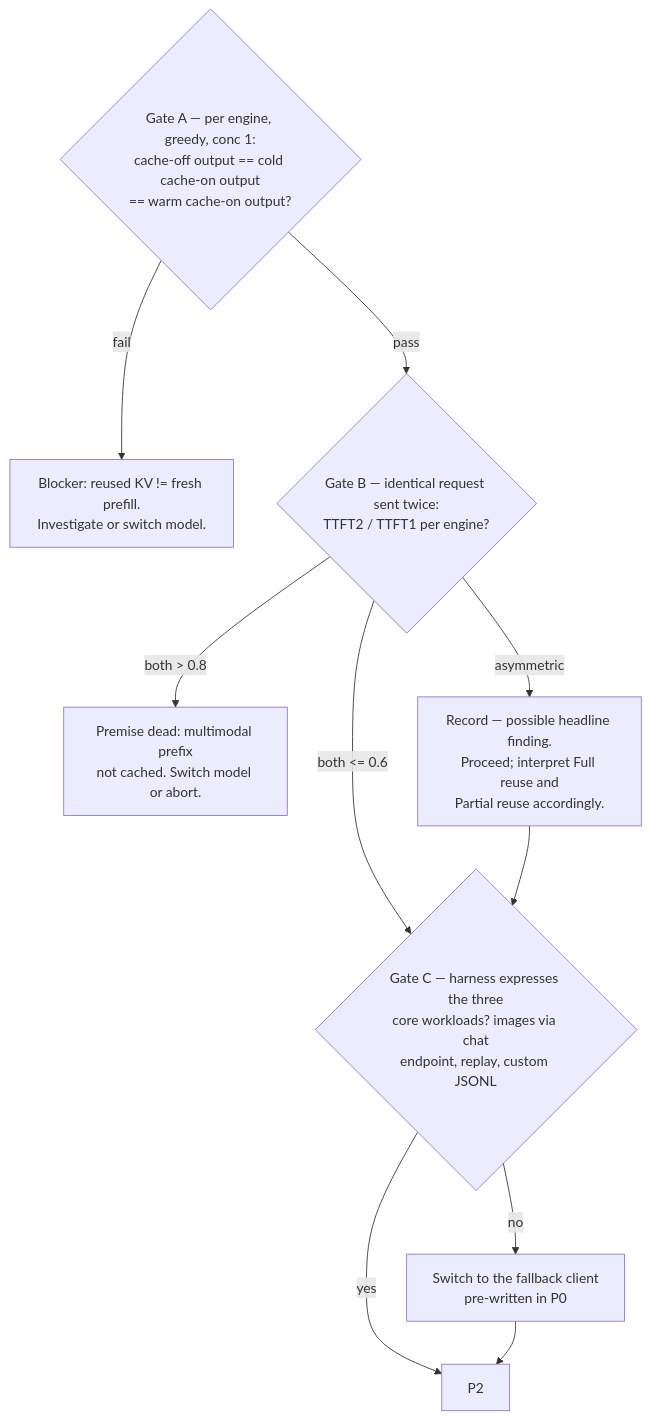
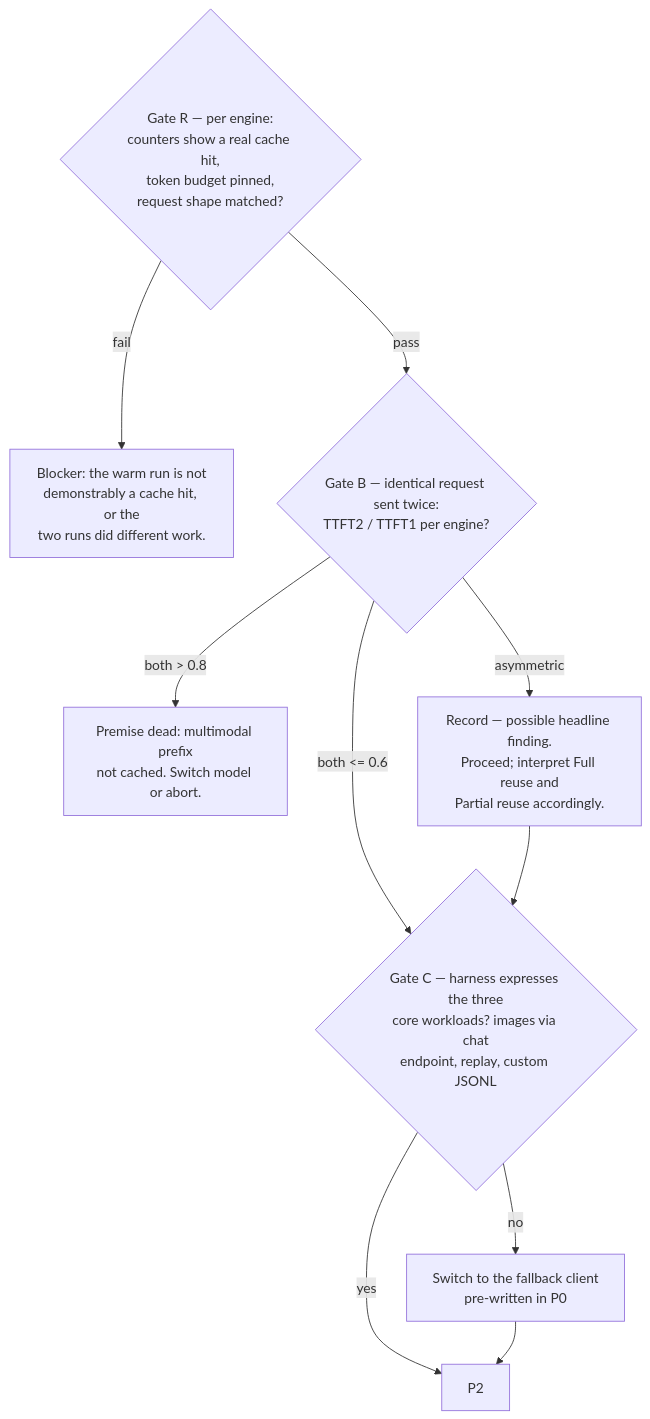
The diagram in spec/phases/P1-gates.md (0-5-blood-prince/inferenceBench), drawn with Mermaid before and after one commit. The commit also changed other lines of this file and 7 other files, not shown here.

First line of the commit message:
fix: drop Gate A as a blocker, pin the output budget, fix cache metrics

````diff
--- a/spec/phases/P1-gates.md
+++ b/spec/phases/P1-gates.md
@@ -28,12 +41,12 @@
 ```mermaid
 flowchart TD
-    GA{"Gate A — per engine, greedy, conc 1:<br/>cache-off output == cold cache-on output<br/>== warm cache-on output?"} -- fail --> S1["Blocker: reused KV != fresh prefill.<br/>Investigate or switch model."]
+    GA{"Gate R — per engine:<br/>counters show a real cache hit,<br/>token budget pinned,<br/>request shape matched?"} -- fail --> S1["Blocker: the warm run is not<br/>demonstrably a cache hit, or the<br/>two runs did different work."]
     GA -- pass --> GB{"Gate B — identical request sent twice:<br/>TTFT2 / TTFT1 per engine?"}
     GB -- "both > 0.8" --> S2["Premise dead: multimodal prefix<br/>not cached. Switch model or abort."]
     GB -- "asymmetric" --> N1["Record — possible headline finding.<br/>Proceed; interpret Full reuse and<br/>Partial reuse accordingly."]
     GB -- "both <= 0.6" --> GC{"Gate C — harness expresses the three<br/>core workloads? images via chat<br/>endpoint, replay, custom JSONL"}
     N1 --> GC
     GC -- no --> FBC["Switch to the fallback client<br/>pre-written in P0"]
     GC -- yes --> P2["P2"]
     FBC --> P2
 ```
````
